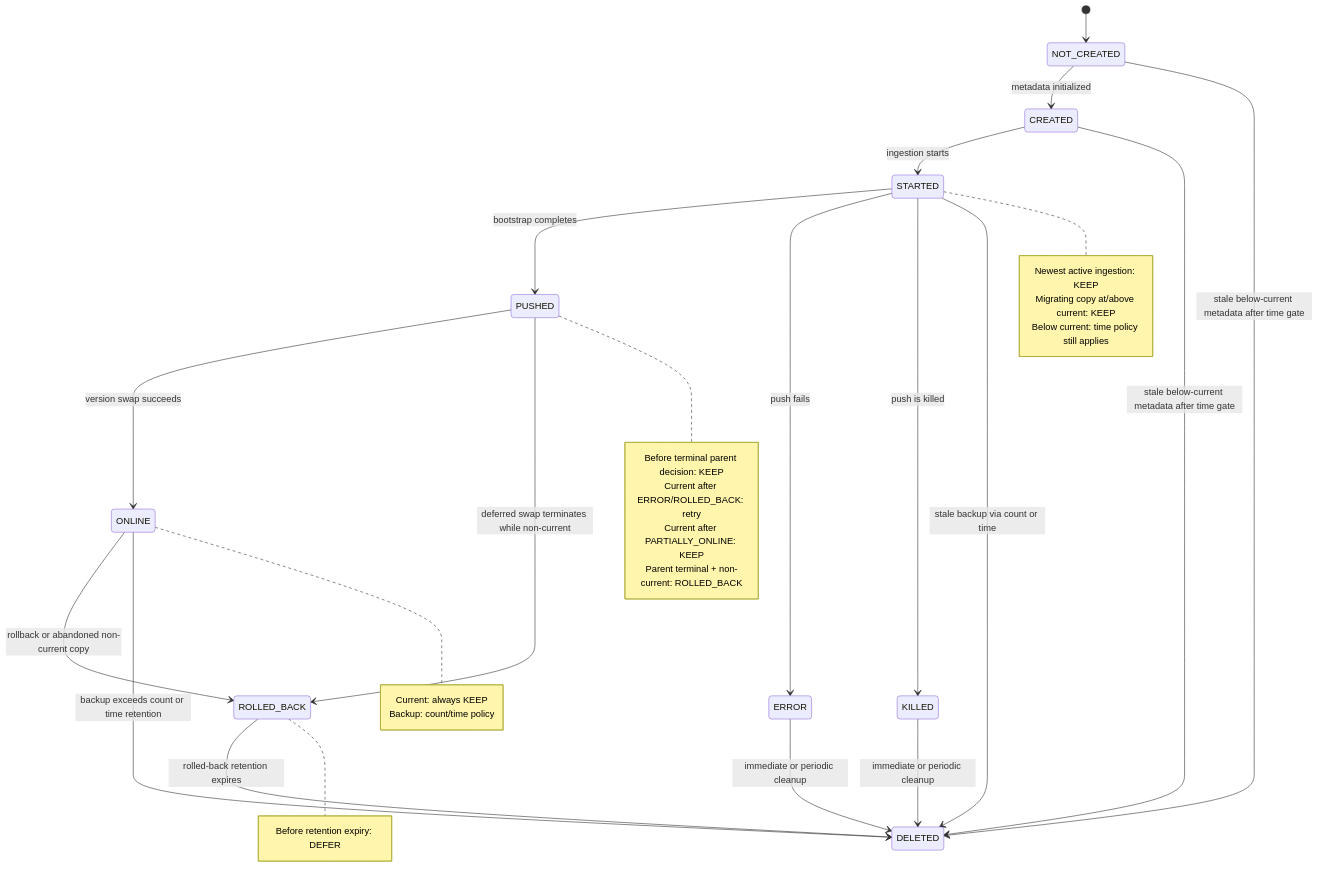
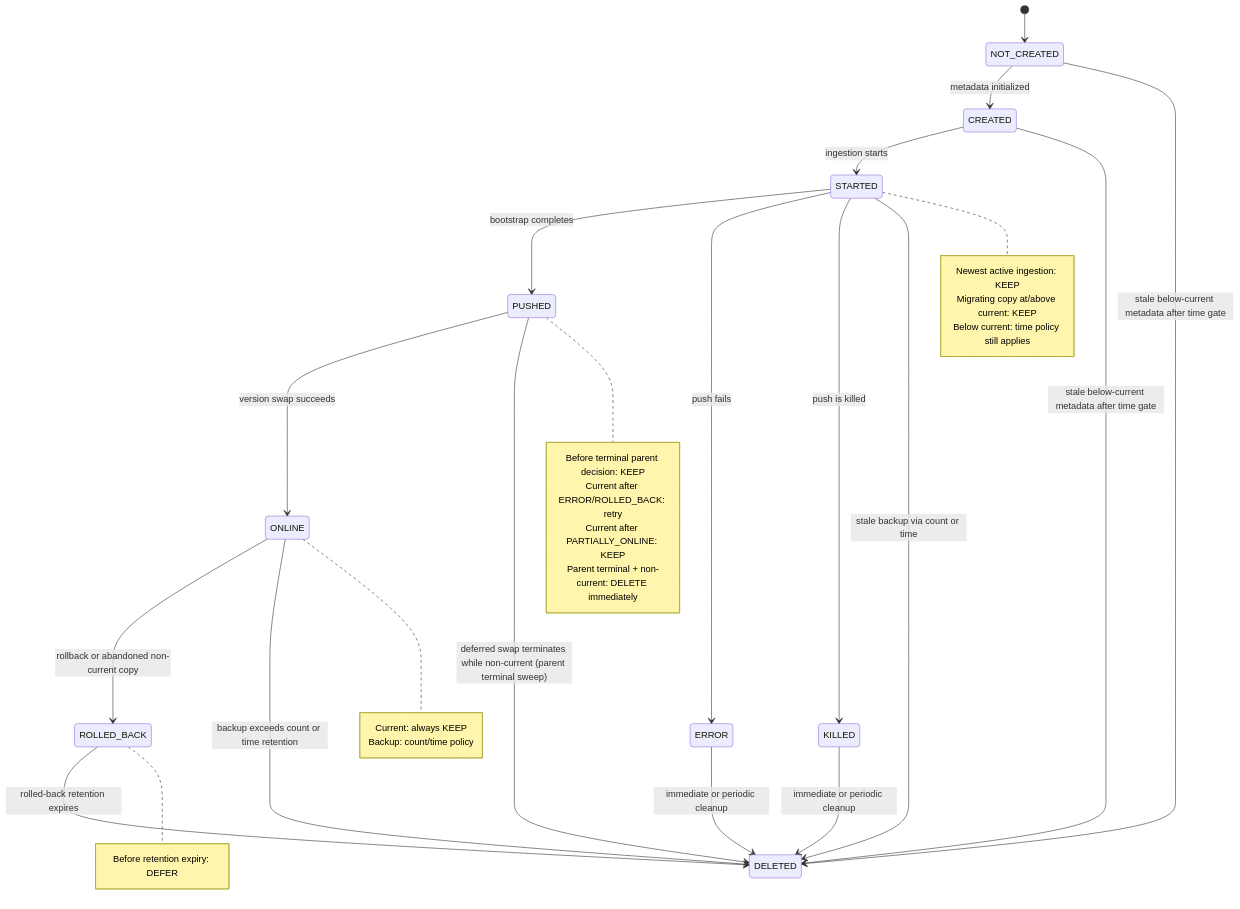
The diagram in docs/operations/data-management/version-lifecycle.md (linkedin/venice), drawn with Mermaid before and after one commit. The commit also changed other lines of this file and 11 other files, not shown here.

First line of the commit message:
Remove MARK_VERSION_ROLLED_BACK admin operation

````diff
--- a/docs/operations/data-management/version-lifecycle.md
+++ b/docs/operations/data-management/version-lifecycle.md
@@ -54,42 +50,42 @@
 ```mermaid
 stateDiagram-v2
     [*] --> NOT_CREATED
     NOT_CREATED --> CREATED: metadata initialized
     CREATED --> STARTED: ingestion starts
     STARTED --> PUSHED: bootstrap completes
     STARTED --> ERROR: push fails
     STARTED --> KILLED: push is killed
     PUSHED --> ONLINE: version swap succeeds
-    PUSHED --> ROLLED_BACK: deferred swap terminates while non-current
+    PUSHED --> DELETED: deferred swap terminates while non-current (parent terminal sweep)
     ONLINE --> ROLLED_BACK: rollback or abandoned non-current copy
 
     NOT_CREATED --> DELETED: stale below-current metadata after time gate
     CREATED --> DELETED: stale below-current metadata after time gate
     STARTED --> DELETED: stale backup via count or time
     ONLINE --> DELETED: backup exceeds count or time retention
     ERROR --> DELETED: immediate or periodic cleanup
     KILLED --> DELETED: immediate or periodic cleanup
     ROLLED_BACK --> DELETED: rolled-back retention expires
 
     note right of STARTED
       Newest active ingestion: KEEP
       Migrating copy at/above current: KEEP
       Below current: time policy still applies
     end note
 
     note right of PUSHED
       Before terminal parent decision: KEEP
       Current after ERROR/ROLLED_BACK: retry
       Current after PARTIALLY_ONLINE: KEEP
-      Parent terminal + non-current: ROLLED_BACK
+      Parent terminal + non-current: DELETE immediately
     end note
 
     note right of ONLINE
       Current: always KEEP
       Backup: count/time policy
     end note
 
     note right of ROLLED_BACK
       Before retention expiry: DEFER
     end note
 ```
````
